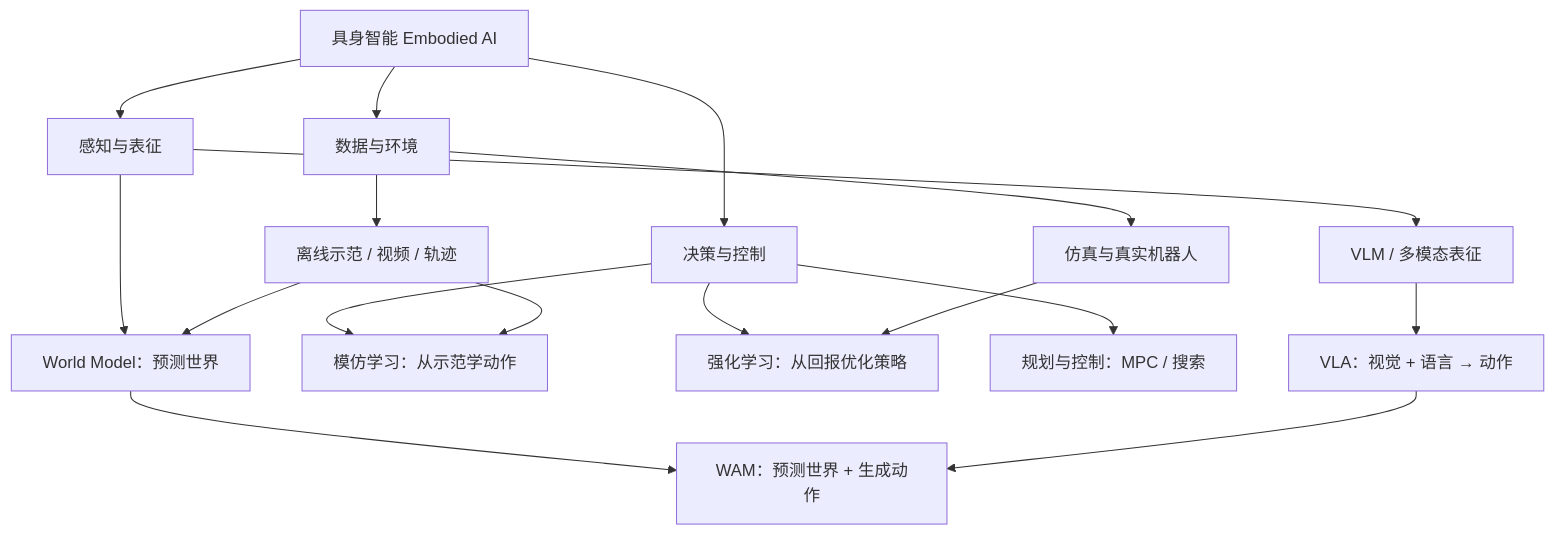
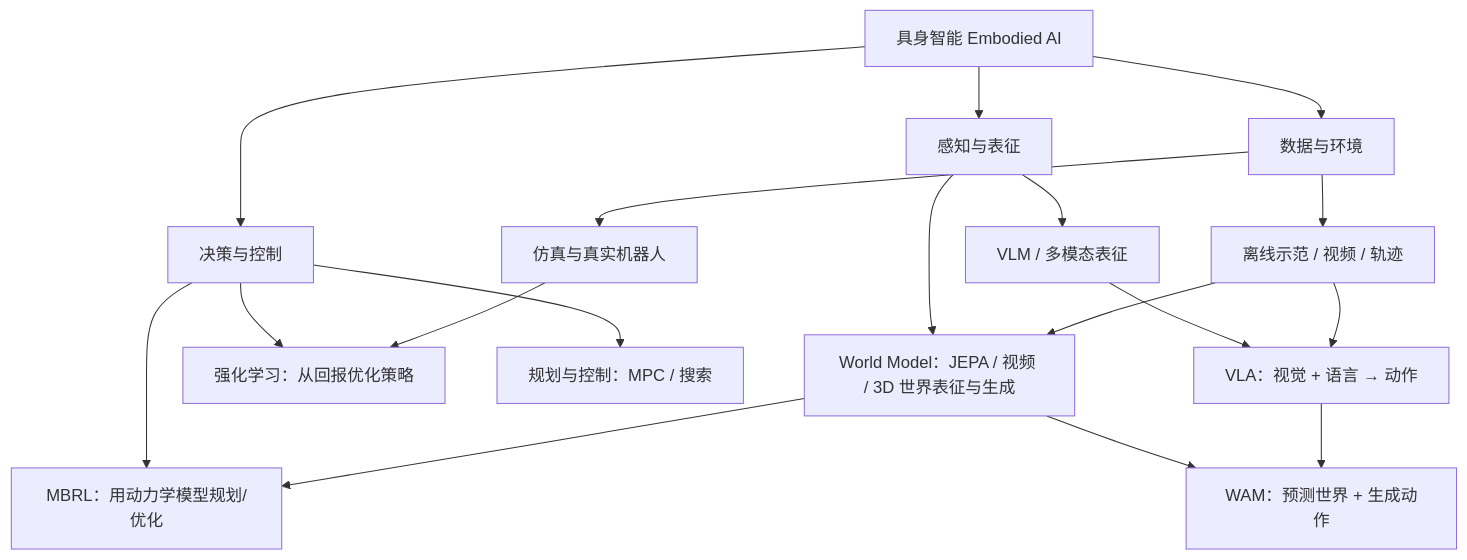
Before and after one commit to Faraday-2024/Embodied-AI-Start: the first of 2 diagrams in README.md, drawn with Mermaid. The commit also changed other lines of this file and 9 other files, not shown here.

````diff
--- a/README.md
+++ b/README.md
@@ -19,23 +22,24 @@
 ```mermaid
 flowchart TD
     EAI["具身智能 Embodied AI"] --> P["感知与表征"]
     EAI --> D["决策与控制"]
     EAI --> DATA["数据与环境"]
 
     P --> VLM["VLM / 多模态表征"]
-    P --> WM["World Model：预测世界"]
+    P --> WM["World Model：JEPA / 视频 / 3D 世界表征与生成"]
 
-    D --> IL["模仿学习：从示范学动作"]
     D --> RL["强化学习：从回报优化策略"]
+    D --> MBRL["MBRL：用动力学模型规划/优化"]
     D --> PLAN["规划与控制：MPC / 搜索"]
 
     VLM --> VLA["VLA：视觉 + 语言 → 动作"]
     WM --> WAM["WAM：预测世界 + 生成动作"]
+    WM --> MBRL
     VLA --> WAM
 
     DATA --> DEMO["离线示范 / 视频 / 轨迹"]
     DATA --> SIM["仿真与真实机器人"]
-    DEMO --> IL
+    DEMO --> VLA
     DEMO --> WM
     SIM --> RL
 ```
````
